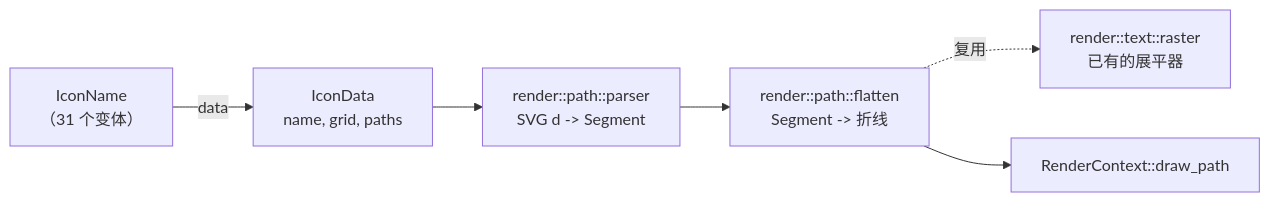
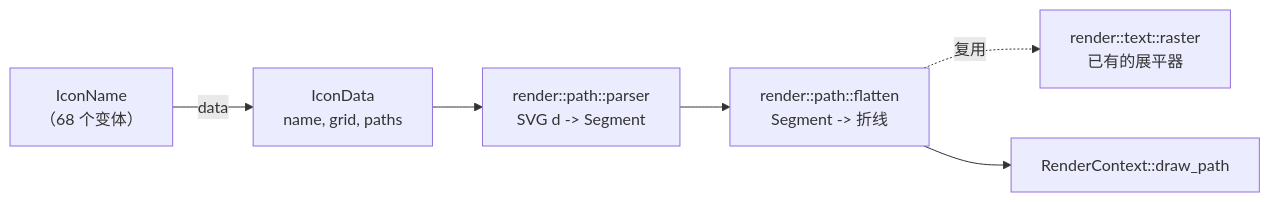
Before and after one commit to mikewolfli/rust-widgets: the sixth of 6 diagrams in cookbook/zh-CN/src/chapters/architecture.md, drawn with Mermaid. The commit also changed other lines of this file and 53 other files, not shown here.

````diff
--- a/cookbook/zh-CN/src/chapters/architecture.md
+++ b/cookbook/zh-CN/src/chapters/architecture.md
@@ -882,15 +886,15 @@
 ```mermaid
 graph LR
-    ENUM["IconName<br/>（31 个变体）"]
+    ENUM["IconName<br/>（68 个变体）"]
     DATA["IconData<br/>name, grid, paths"]
     PARSE["render::path::parser<br/>SVG d -> Segment"]
     FLAT["render::path::flatten<br/>Segment -> 折线"]
     RAST["render::text::raster<br/>已有的展平器"]
     FILL["RenderContext::draw_path"]
 
     ENUM -->|data| DATA
     DATA --> PARSE
     PARSE --> FLAT
     FLAT -.->|复用| RAST
     FLAT --> FILL
 ```
````
